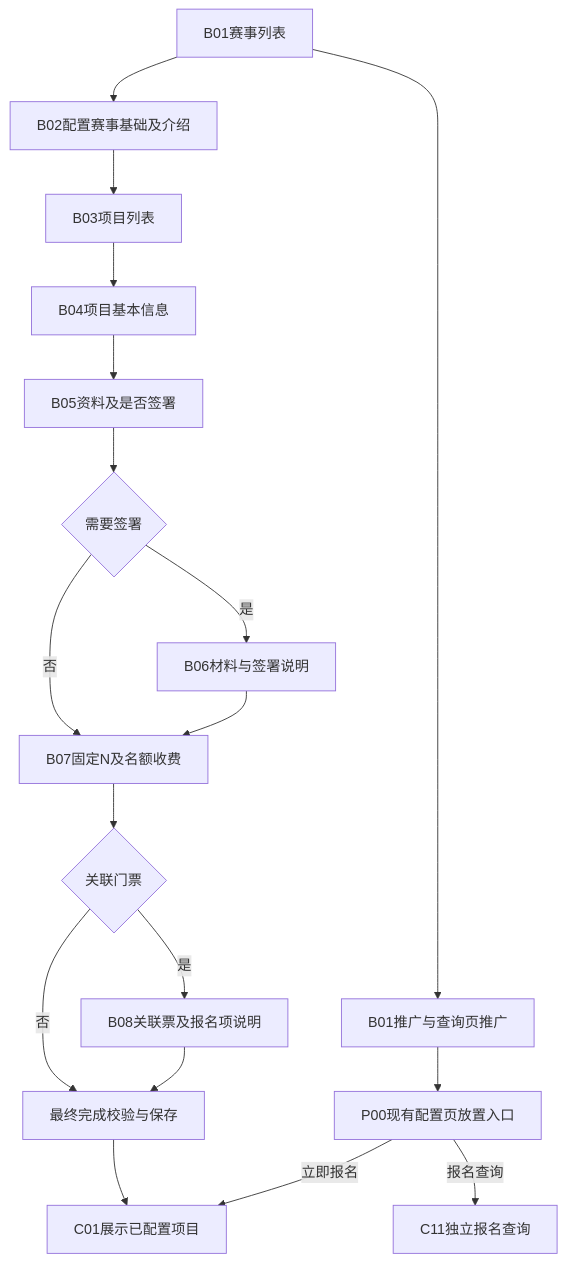
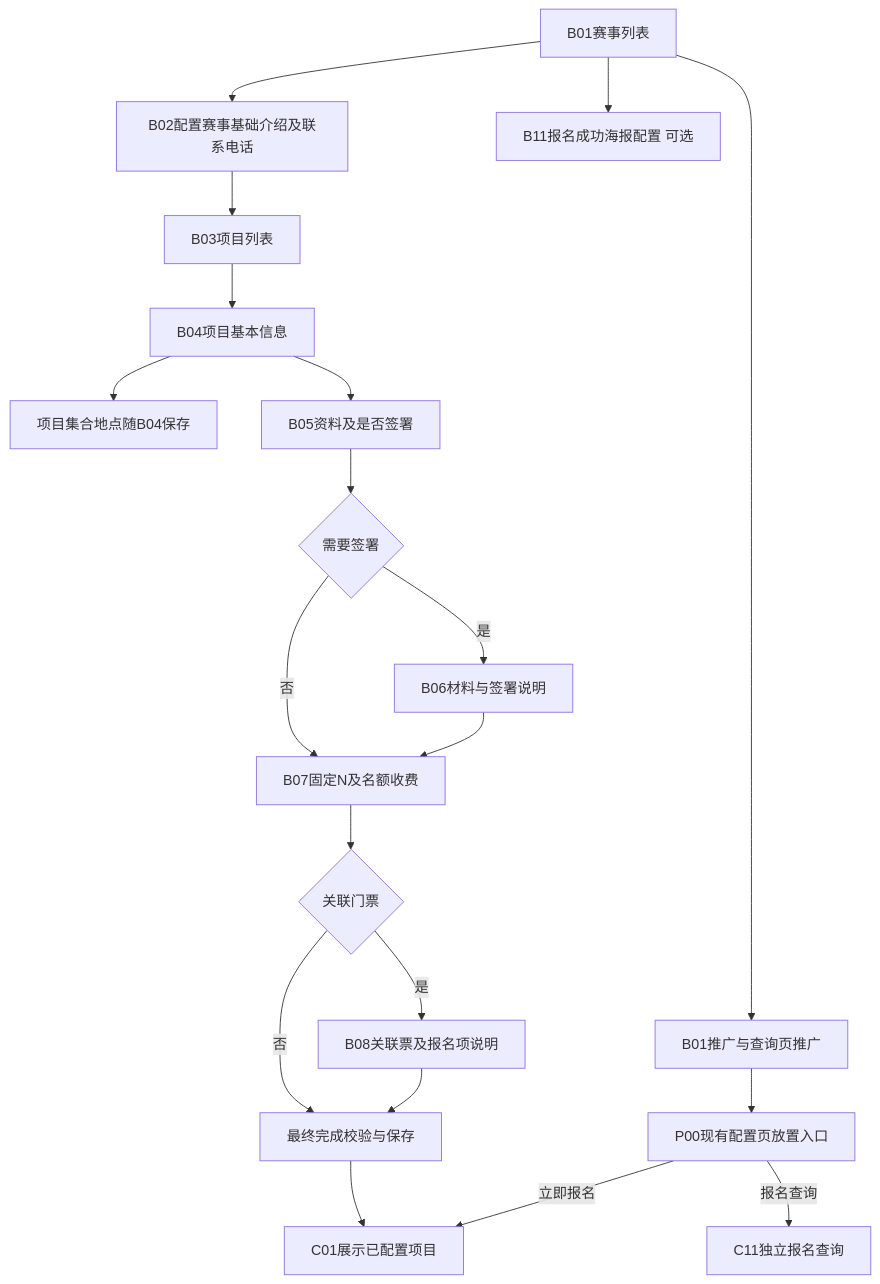
Before and after one commit to susantung/yanuoda: the first of 8 diagrams in dev-test-versions/2026-event-registration-20261110/方案与需求/2026-event-registration-20261110/02-全程流程图.md, drawn with Mermaid. The commit also changed other lines of this file and 19 other files, not shown here.

Commit message:
Unify event documentation menus and update confirmed registration flows

````diff
--- a/dev-test-versions/2026-event-registration-20261110/方案与需求/2026-event-registration-20261110/02-全程流程图.md
+++ b/dev-test-versions/2026-event-registration-20261110/方案与需求/2026-event-registration-20261110/02-全程流程图.md
@@ -9,35 +9,39 @@
 ```mermaid
 flowchart TD
  A[B01赛事列表]
- B[B02配置赛事基础及介绍]
+ B[B02配置赛事基础介绍及联系电话]
+ P[B11报名成功海报配置 可选]
+ Q[项目集合地点随B04保存]
  C[B03项目列表]
  D[B04项目基本信息]
  E[B05资料及是否签署]
  F{需要签署}
  G[B06材料与签署说明]
  H[B07固定N及名额收费]
  I{关联门票}
  J[B08关联票及报名项说明]
  K[最终完成校验与保存]
  L[C01展示已配置项目]
  M[B01推广与查询页推广]
  N[P00现有配置页放置入口]
  O[C11独立报名查询]
  A --> B
+ A --> P
+ D --> Q
  B --> C
  C --> D
  D --> E
  E --> F
  F -->|是| G
  F -->|否| H
  G --> H
  H --> I
  I -->|是| J
  I -->|否| K
  J --> K
  K --> L
  A --> M
  M --> N
  N -->|立即报名| L
  N -->|报名查询| O
 ```
````
